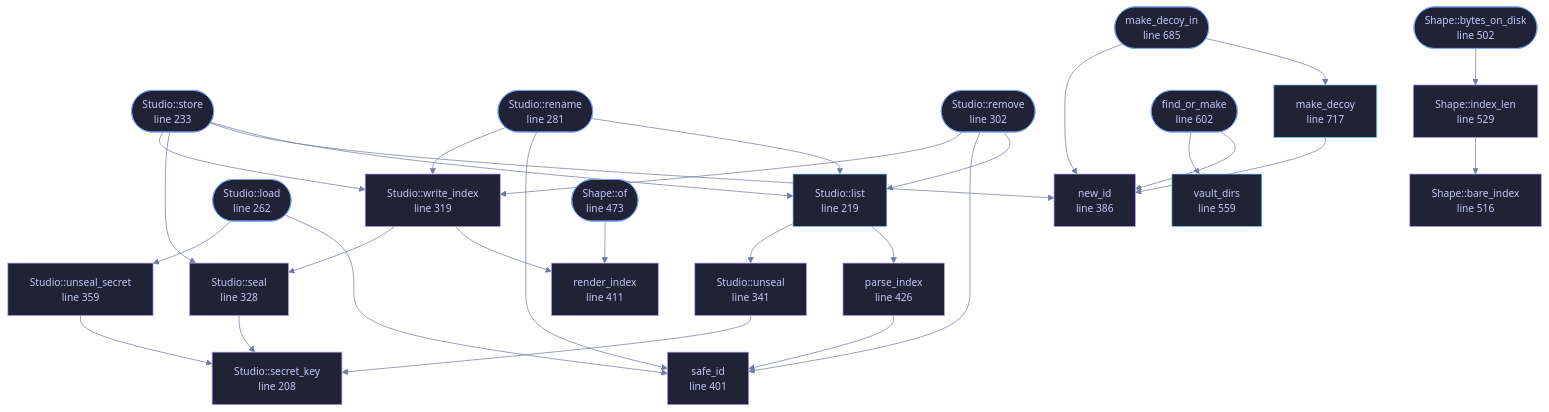
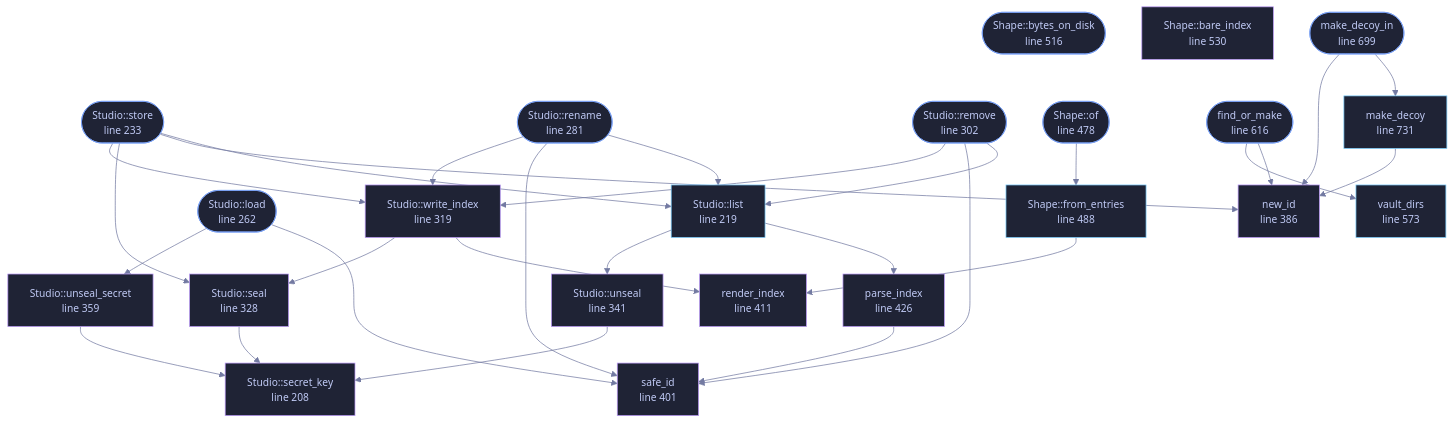
One commit to tilas01/veilvoice changed the diagram in docs/files/veilvoice-crypto/studio.md. Above: the diagram before and after it, drawn with Mermaid. The commit also changed other lines of this file and 43 other files, not shown here.

````diff
--- a/docs/files/veilvoice-crypto/studio.md
+++ b/docs/files/veilvoice-crypto/studio.md
@@ -140,82 +140,81 @@
 ```mermaid
 %%{init: {"theme":"base","themeVariables":{"background":"#1a1b26","primaryColor":"#1f2335","primaryTextColor":"#c0caf5","primaryBorderColor":"#7aa2f7","secondaryColor":"#16161e","tertiaryColor":"#16161e","lineColor":"#737aa2","textColor":"#c0caf5","mainBkg":"#1f2335","nodeBorder":"#7aa2f7","clusterBkg":"#16161e","clusterBorder":"#2f3549","fontFamily":"ui-monospace, SFMono-Regular, Consolas, monospace","fontSize":"14px"}}}%%
 flowchart TD
     n_secret_key["Studio::secret_key<br/>line 208"]
     n_list["Studio::list<br/>line 219"]
     n_store(["Studio::store<br/>line 233"])
     n_load(["Studio::load<br/>line 262"])
     n_rename(["Studio::rename<br/>line 281"])
     n_remove(["Studio::remove<br/>line 302"])
     n_write_index["Studio::write_index<br/>line 319"]
     n_seal["Studio::seal<br/>line 328"]
     n_unseal["Studio::unseal<br/>line 341"]
     n_unseal_secret["Studio::unseal_secret<br/>line 359"]
     n_new_id["new_id<br/>line 386"]
     n_safe_id["safe_id<br/>line 401"]
     n_render_index["render_index<br/>line 411"]
     n_parse_index["parse_index<br/>line 426"]
-    n_of(["Shape::of<br/>line 473"])
-    n_bytes_on_disk(["Shape::bytes_on_disk<br/>line 502"])
-    n_bare_index["Shape::bare_index<br/>line 516"]
-    n_index_len["Shape::index_len<br/>line 529"]
-    n_vault_dirs["vault_dirs<br/>line 559"]
-    n_find_or_make(["find_or_make<br/>line 602"])
-    n_make_decoy_in(["make_decoy_in<br/>line 685"])
-    n_make_decoy["make_decoy<br/>line 717"]
-    n_bytes_on_disk --> n_index_len
+    n_of(["Shape::of<br/>line 478"])
+    n_from_entries["Shape::from_entries<br/>line 488"]
+    n_bytes_on_disk(["Shape::bytes_on_disk<br/>line 516"])
+    n_bare_index["Shape::bare_index<br/>line 530"]
+    n_vault_dirs["vault_dirs<br/>line 573"]
+    n_find_or_make(["find_or_make<br/>line 616"])
+    n_make_decoy_in(["make_decoy_in<br/>line 699"])
+    n_make_decoy["make_decoy<br/>line 731"]
     n_find_or_make --> n_new_id
     n_find_or_make --> n_vault_dirs
-    n_index_len --> n_bare_index
+    n_from_entries --> n_render_index
     n_list --> n_parse_index
     n_list --> n_unseal
     n_load --> n_safe_id
     n_load --> n_unseal_secret
     n_make_decoy --> n_new_id
     n_make_decoy_in --> n_make_decoy
     n_make_decoy_in --> n_new_id
-    n_of --> n_render_index
+    n_of --> n_from_entries
     n_parse_index --> n_safe_id
     n_remove --> n_list
     n_remove --> n_safe_id
     n_remove --> n_write_index
     n_rename --> n_list
     n_rename --> n_safe_id
     n_rename --> n_write_index
     n_seal --> n_secret_key
     n_store --> n_list
     n_store --> n_new_id
     n_store --> n_seal
     n_store --> n_write_index
     n_unseal --> n_secret_key
     n_unseal_secret --> n_secret_key
     n_write_index --> n_render_index
     n_write_index --> n_seal
     click n_secret_key href "https://github.com/tilas01/veilvoice/blob/main/crates/veilvoice-crypto/src/studio.rs#L208" "open the source"
     click n_list href "https://github.com/tilas01/veilvoice/blob/main/crates/veilvoice-crypto/src/studio.rs#L219" "open the source"
     click n_store href "https://github.com/tilas01/veilvoice/blob/main/crates/veilvoice-crypto/src/studio.rs#L233" "open the source"
     click n_load href "https://github.com/tilas01/veilvoice/blob/main/crates/veilvoice-crypto/src/studio.rs#L262" "open the source"
     click n_rename href "https://github.com/tilas01/veilvoice/blob/main/crates/veilvoice-crypto/src/studio.rs#L281" "open the source"
     click n_remove href "https://github.com/tilas01/veilvoice/blob/main/crates/veilvoice-crypto/src/studio.rs#L302" "open the source"
     click n_write_index href "https://github.com/tilas01/veilvoice/blob/main/crates/veilvoice-crypto/src/studio.rs#L319" "open the source"
     click n_seal href "https://github.com/tilas01/veilvoice/blob/main/crates/veilvoice-crypto/src/studio.rs#L328" "open the source"
     click n_unseal href "https://github.com/tilas01/veilvoice/blob/main/crates/veilvoice-crypto/src/studio.rs#L341" "open the source"
     click n_unseal_secret href "https://github.com/tilas01/veilvoice/blob/main/crates/veilvoice-crypto/src/studio.rs#L359" "open the source"
     click n_new_id href "https://github.com/tilas01/veilvoice/blob/main/crates/veilvoice-crypto/src/studio.rs#L386" "open the source"
     click n_safe_id href "https://github.com/tilas01/veilvoice/blob/main/crates/veilvoice-crypto/src/studio.rs#L401" "open the source"
     click n_render_index href "https://github.com/tilas01/veilvoice/blob/main/crates/veilvoice-crypto/src/studio.rs#L411" "open the source"
     click n_parse_index href "https://github.com/tilas01/veilvoice/blob/main/crates/veilvoice-crypto/src/studio.rs#L426" "open the source"
-    click n_of href "https://github.com/tilas01/veilvoice/blob/main/crates/veilvoice-crypto/src/studio.rs#L473" "open the source"
-    click n_bytes_on_disk href "https://github.com/tilas01/veilvoice/blob/main/crates/veilvoice-crypto/src/studio.rs#L502" "open the source"
-    click n_bare_index href "https://github.com/tilas01/veilvoice/blob/main/crates/veilvoice-crypto/src/studio.rs#L516" "open the source"
-    click n_index_len href "https://github.com/tilas01/veilvoice/blob/main/crates/veilvoice-crypto/src/studio.rs#L529" "open the source"
-    click n_vault_dirs href "https://github.com/tilas01/veilvoice/blob/main/crates/veilvoice-crypto/src/studio.rs#L559" "open the source"
-    click n_find_or_make href "https://github.com/tilas01/veilvoice/blob/main/crates/veilvoice-crypto/src/studio.rs#L602" "open the source"
-    click n_make_decoy_in href "https://github.com/tilas01/veilvoice/blob/main/crates/veilvoice-crypto/src/studio.rs#L685" "open the source"
-    click n_make_decoy href "https://github.com/tilas01/veilvoice/blob/main/crates/veilvoice-crypto/src/studio.rs#L717" "open the source"
+    click n_of href "https://github.com/tilas01/veilvoice/blob/main/crates/veilvoice-crypto/src/studio.rs#L478" "open the source"
+    click n_from_entries href "https://github.com/tilas01/veilvoice/blob/main/crates/veilvoice-crypto/src/studio.rs#L488" "open the source"
+    click n_bytes_on_disk href "https://github.com/tilas01/veilvoice/blob/main/crates/veilvoice-crypto/src/studio.rs#L516" "open the source"
+    click n_bare_index href "https://github.com/tilas01/veilvoice/blob/main/crates/veilvoice-crypto/src/studio.rs#L530" "open the source"
+    click n_vault_dirs href "https://github.com/tilas01/veilvoice/blob/main/crates/veilvoice-crypto/src/studio.rs#L573" "open the source"
+    click n_find_or_make href "https://github.com/tilas01/veilvoice/blob/main/crates/veilvoice-crypto/src/studio.rs#L616" "open the source"
+    click n_make_decoy_in href "https://github.com/tilas01/veilvoice/blob/main/crates/veilvoice-crypto/src/studio.rs#L699" "open the source"
+    click n_make_decoy href "https://github.com/tilas01/veilvoice/blob/main/crates/veilvoice-crypto/src/studio.rs#L731" "open the source"
     classDef entry fill:#1f2335,stroke:#7aa2f7,color:#c0caf5
     class n_store,n_load,n_rename,n_remove,n_of,n_bytes_on_disk,n_find_or_make,n_make_decoy_in entry
     classDef api fill:#1f2335,stroke:#7dcfff,color:#c0caf5
-    class n_list,n_vault_dirs,n_make_decoy api
+    class n_list,n_from_entries,n_vault_dirs,n_make_decoy api
     classDef helper fill:#1f2335,stroke:#bb9af7,color:#c0caf5
-    class n_secret_key,n_write_index,n_seal,n_unseal,n_unseal_secret,n_new_id,n_safe_id,n_render_index,n_parse_index,n_bare_index,n_index_len helper
+    class n_secret_key,n_write_index,n_seal,n_unseal,n_unseal_secret,n_new_id,n_safe_id,n_render_index,n_parse_index,n_bare_index helper
 ```
````
